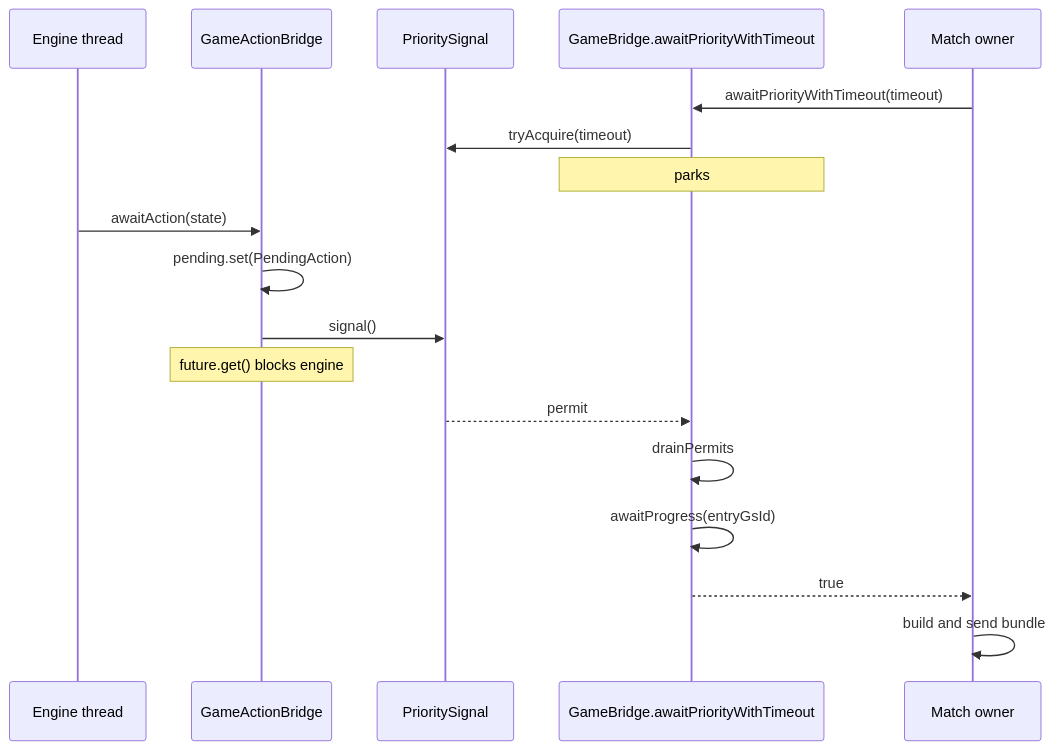
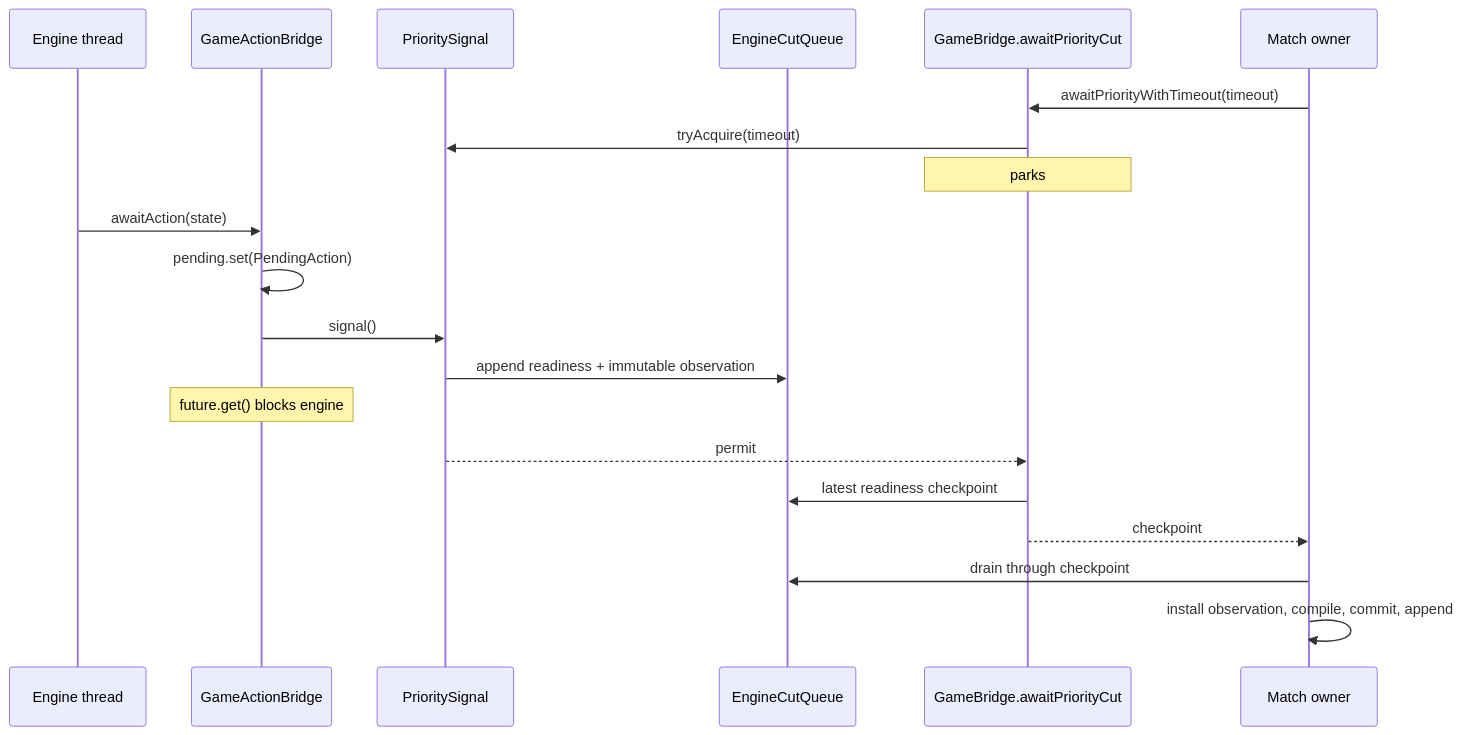
The second of 2 diagrams in docs/bridge-threading.md (delebedev/leyline), drawn with Mermaid before and after one commit. The commit also changed other lines of this file and 31 other files, not shown here.

First line of the commit message:
refactor(engine): publish worker observations at readiness

````diff
--- a/docs/bridge-threading.md
+++ b/docs/bridge-threading.md
@@ -139,21 +149,23 @@
 ```mermaid
 sequenceDiagram
     participant ENG as Engine thread
     participant AB as GameActionBridge
     participant SIG as PrioritySignal
-    participant GB as GameBridge.awaitPriorityWithTimeout
+    participant CUT as EngineCutQueue
+    participant GB as GameBridge.awaitPriorityCut
     participant SESS as Match owner
 
     SESS->>GB: awaitPriorityWithTimeout(timeout)
     GB->>SIG: tryAcquire(timeout)
     Note over GB: parks
     ENG->>AB: awaitAction(state)
     AB->>AB: pending.set(PendingAction)
     AB->>SIG: signal()
+    SIG->>CUT: append readiness + immutable observation
     Note over AB: future.get() blocks engine
     SIG-->>GB: permit
-    GB->>GB: drainPermits
-    GB->>GB: awaitProgress(entryGsId)
-    GB-->>SESS: true
-    SESS->>SESS: build and send bundle
+    GB->>CUT: latest readiness checkpoint
+    GB-->>SESS: checkpoint
+    SESS->>CUT: drain through checkpoint
+    SESS->>SESS: install observation, compile, commit, append
 ```
````
